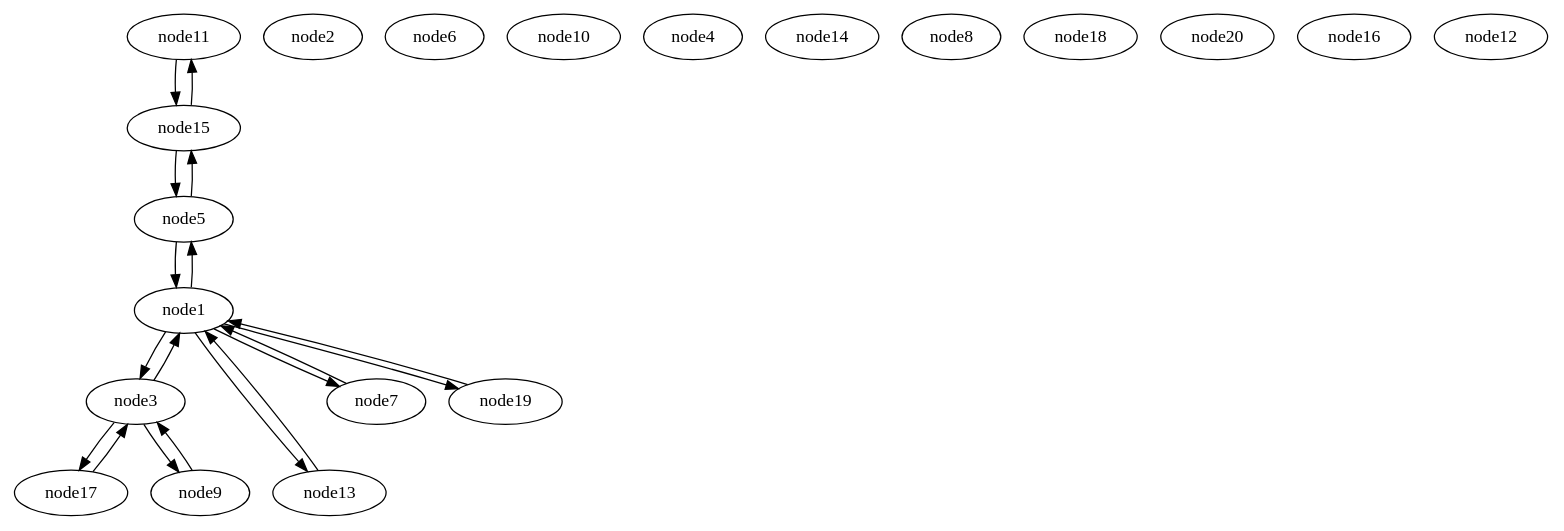
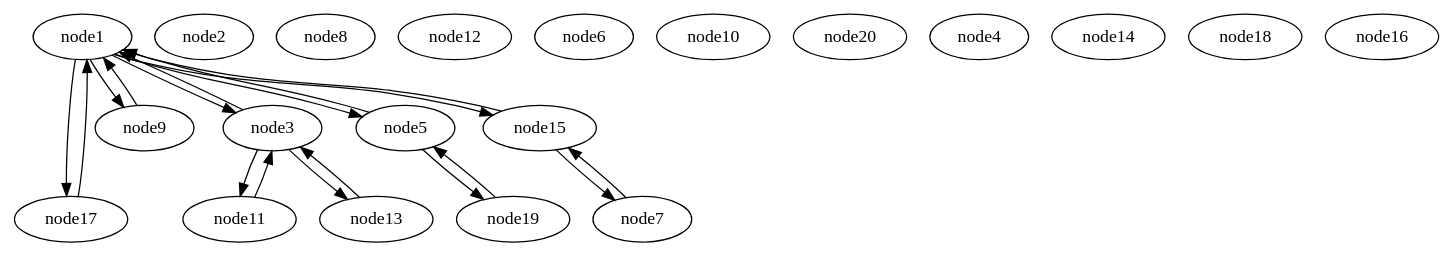
The diagram in graphs/tree_t1_after.gv (c12s/plumtree), drawn with Graphviz before and after one commit. The commit also changed 5 other files, not shown here.

```diff
--- a/graphs/tree_t1_after.gv
+++ b/graphs/tree_t1_after.gv
@@ -1,80 +1,80 @@
 strict digraph {
 
 
-	"node11" [  weight=0 ];
-
-	"node11" -> "node15" [  weight=0 ];
-
-	"node2" [  weight=0 ];
-
-	"node3" [  weight=0 ];
-
-	"node3" -> "node1" [  weight=0 ];
-
-	"node3" -> "node17" [  weight=0 ];
-
-	"node3" -> "node9" [  weight=0 ];
-
-	"node9" [  weight=0 ];
-
-	"node9" -> "node3" [  weight=0 ];
-
-	"node13" [  weight=0 ];
-
-	"node13" -> "node1" [  weight=0 ];
-
-	"node6" [  weight=0 ];
-
-	"node10" [  weight=0 ];
-
-	"node15" [  weight=0 ];
-
-	"node15" -> "node5" [  weight=0 ];
-
-	"node15" -> "node11" [  weight=0 ];
-
-	"node4" [  weight=0 ];
-
-	"node14" [  weight=0 ];
-
-	"node7" [  weight=0 ];
-
-	"node7" -> "node1" [  weight=0 ];
-
 	"node1" [  weight=0 ];
 
-	"node1" -> "node7" [  weight=0 ];
+	"node1" -> "node17" [  weight=0 ];
 
-	"node1" -> "node13" [  weight=0 ];
-
-	"node1" -> "node19" [  weight=0 ];
+	"node1" -> "node9" [  weight=0 ];
 
 	"node1" -> "node3" [  weight=0 ];
 
 	"node1" -> "node5" [  weight=0 ];
 
+	"node1" -> "node15" [  weight=0 ];
+
+	"node2" [  weight=0 ];
+
+	"node11" [  weight=0 ];
+
+	"node11" -> "node3" [  weight=0 ];
+
+	"node8" [  weight=0 ];
+
+	"node12" [  weight=0 ];
+
+	"node15" [  weight=0 ];
+
+	"node15" -> "node1" [  weight=0 ];
+
+	"node15" -> "node7" [  weight=0 ];
+
+	"node19" [  weight=0 ];
+
+	"node19" -> "node5" [  weight=0 ];
+
+	"node6" [  weight=0 ];
+
+	"node9" [  weight=0 ];
+
+	"node9" -> "node1" [  weight=0 ];
+
+	"node10" [  weight=0 ];
+
+	"node20" [  weight=0 ];
+
+	"node4" [  weight=0 ];
+
 	"node5" [  weight=0 ];
 
 	"node5" -> "node1" [  weight=0 ];
 
-	"node5" -> "node15" [  weight=0 ];
+	"node5" -> "node19" [  weight=0 ];
 
 	"node17" [  weight=0 ];
 
-	"node17" -> "node3" [  weight=0 ];
+	"node17" -> "node1" [  weight=0 ];
 
-	"node8" [  weight=0 ];
+	"node14" [  weight=0 ];
+
+	"node13" [  weight=0 ];
+
+	"node13" -> "node3" [  weight=0 ];
+
+	"node3" [  weight=0 ];
+
+	"node3" -> "node11" [  weight=0 ];
+
+	"node3" -> "node1" [  weight=0 ];
+
+	"node3" -> "node13" [  weight=0 ];
+
+	"node7" [  weight=0 ];
+
+	"node7" -> "node15" [  weight=0 ];
 
 	"node18" [  weight=0 ];
 
-	"node19" [  weight=0 ];
-
-	"node19" -> "node1" [  weight=0 ];
-
-	"node20" [  weight=0 ];
-
 	"node16" [  weight=0 ];
 
-	"node12" [  weight=0 ];
-
 }
```
